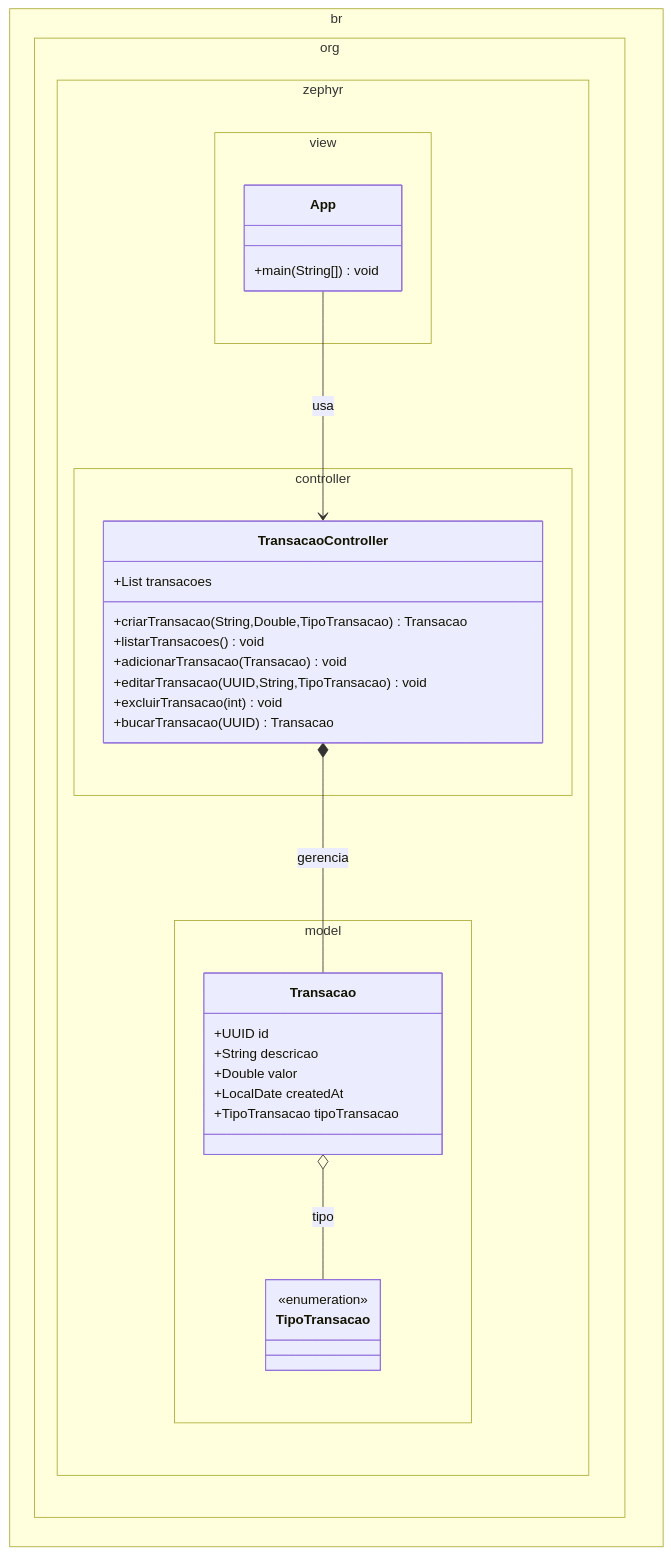
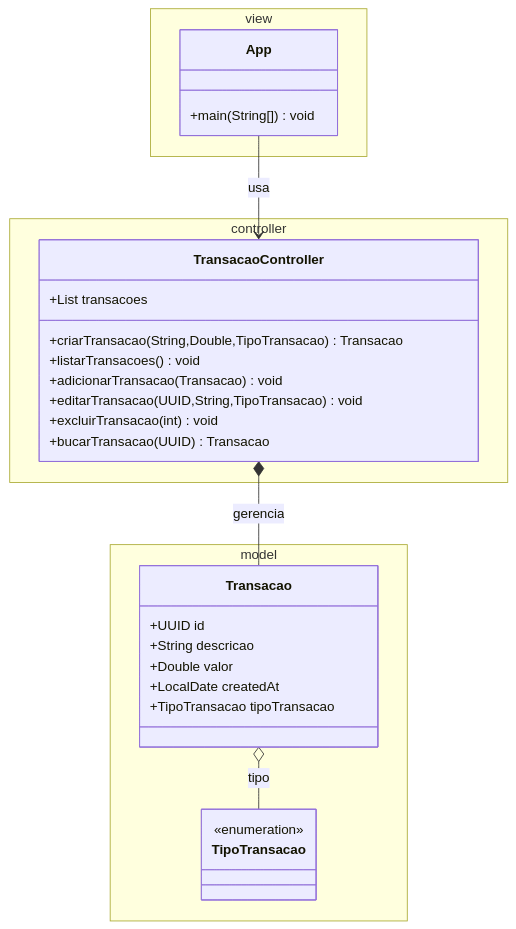
One commit to filoroch/tui-sistema-financeiro changed the diagram in README.md. Above: the diagram before and after it, drawn with Mermaid.

````diff
--- a/README.md
+++ b/README.md
@@ -23,34 +23,34 @@
 ```mermaid
 classDiagram
 class Transacao{
 +UUID id
 +String descricao
 +Double valor
 +LocalDate createdAt
 +TipoTransacao tipoTransacao
 }
 class TipoTransacao{<<enumeration>>}
 class TransacaoController{
 +List<Transacao> transacoes
 +criarTransacao(String,Double,TipoTransacao) Transacao
 +listarTransacoes() void
 +adicionarTransacao(Transacao) void
 +editarTransacao(UUID,String,TipoTransacao) void
 +excluirTransacao(int) void
 +bucarTransacao(UUID) Transacao
 }
 class App{+main(String[]) void}
 App --> TransacaoController : usa
 TransacaoController *-- Transacao : gerencia
 Transacao o-- TipoTransacao : tipo
-namespace br.org.zephyr.model {
+namespace model {
   class Transacao
   class TipoTransacao
 }
-namespace br.org.zephyr.controller {
+namespace controller {
   class TransacaoController
 }
-namespace br.org.zephyr.view {
+namespace view {
   class App
 }
 ```
````
